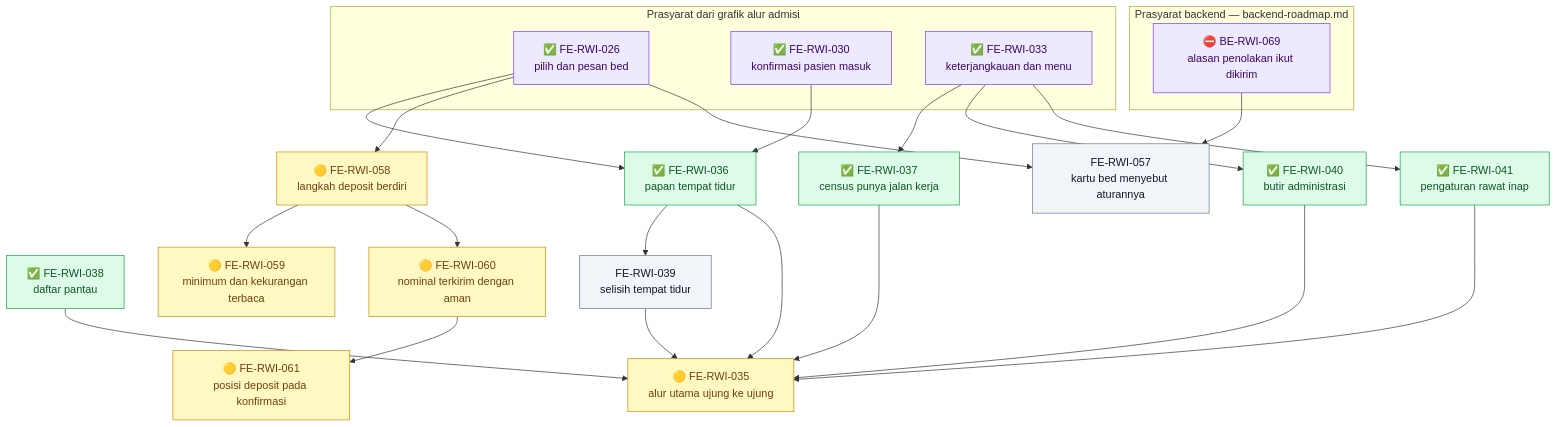
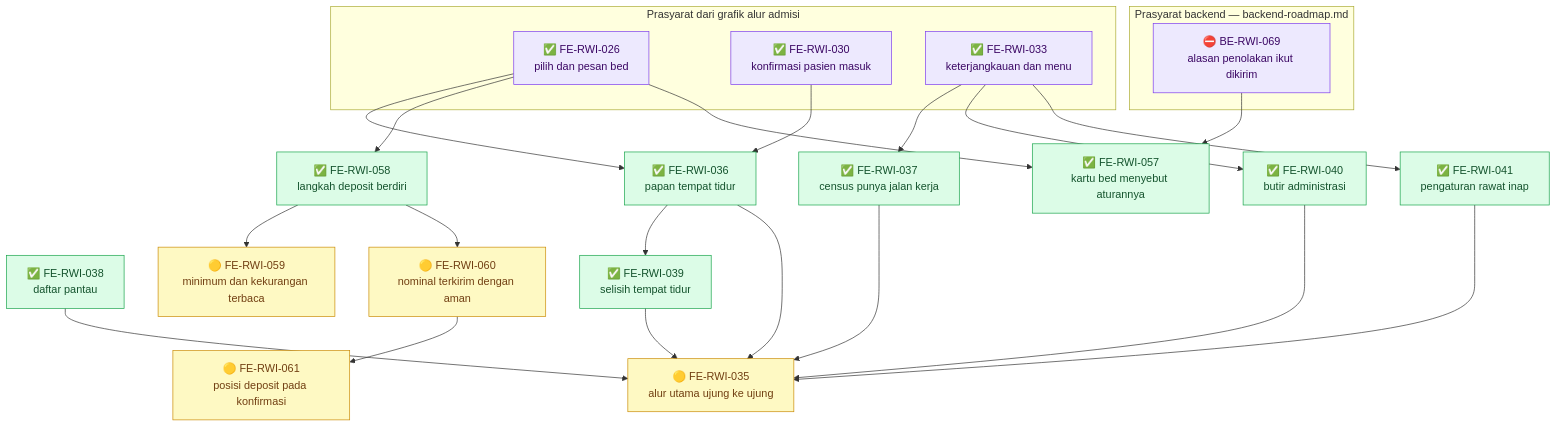
One commit to DevBenari/NewQuilvianSystemBackend changed the second of 3 diagrams in docs/module-blueprints/rawat-inap/episode-rawat-inap/roadmap/frontend-roadmap.md. Above: the diagram before and after it, drawn with Mermaid. The commit also changed other lines of this file and 17 other files, not shown here.

First line of the commit message:
feat(frontend): add FE-RWI-058 and FE-RWI-062 reports for deposit step and removal of gender mixed rejection

````diff
--- a/docs/module-blueprints/rawat-inap/episode-rawat-inap/roadmap/frontend-roadmap.md
+++ b/docs/module-blueprints/rawat-inap/episode-rawat-inap/roadmap/frontend-roadmap.md
@@ -141,50 +141,50 @@
 ```mermaid
 flowchart TD
     classDef selesai fill:#DCFCE7,stroke:#16A34A,color:#14532D
     classDef sebagian fill:#FEF9C3,stroke:#CA8A04,color:#713F12
     classDef terblokir fill:#FEE2E2,stroke:#DC2626,color:#7F1D1D
     classDef belum fill:#F1F5F9,stroke:#64748B,color:#0F172A
     classDef luar fill:#EDE9FE,stroke:#7C3AED,color:#3B0764
 
     subgraph backend["Prasyarat backend — backend-roadmap.md"]
         BE069["⛔ BE-RWI-069<br/>alasan penolakan ikut dikirim"]:::luar
     end
 
     subgraph alur["Prasyarat dari grafik alur admisi"]
         FE026x["✅ FE-RWI-026<br/>pilih dan pesan bed"]:::luar
         FE030x["✅ FE-RWI-030<br/>konfirmasi pasien masuk"]:::luar
         FE033x["✅ FE-RWI-033<br/>keterjangkauan dan menu"]:::luar
     end
 
     FE036["✅ FE-RWI-036<br/>papan tempat tidur"]:::selesai
     FE037["✅ FE-RWI-037<br/>census punya jalan kerja"]:::selesai
     FE038["✅ FE-RWI-038<br/>daftar pantau"]:::selesai
-    FE039["FE-RWI-039<br/>selisih tempat tidur"]:::belum
+    FE039["✅ FE-RWI-039<br/>selisih tempat tidur"]:::selesai
     FE040["✅ FE-RWI-040<br/>butir administrasi"]:::selesai
     FE041["✅ FE-RWI-041<br/>pengaturan rawat inap"]:::selesai
     FE035["🟡 FE-RWI-035<br/>alur utama ujung ke ujung"]:::sebagian
-    FE042["🟡 FE-RWI-058<br/>langkah deposit berdiri"]:::sebagian
+    FE042["✅ FE-RWI-058<br/>langkah deposit berdiri"]:::selesai
     FE043["🟡 FE-RWI-059<br/>minimum dan kekurangan terbaca"]:::sebagian
     FE044["🟡 FE-RWI-060<br/>nominal terkirim dengan aman"]:::sebagian
     FE045["🟡 FE-RWI-061<br/>posisi deposit pada konfirmasi"]:::sebagian
-    FE057["FE-RWI-057<br/>kartu bed menyebut aturannya"]:::belum
+    FE057["✅ FE-RWI-057<br/>kartu bed menyebut aturannya"]:::selesai
 
     FE026x --> FE036
     FE030x --> FE036
     FE033x --> FE037
     FE033x --> FE040
     FE033x --> FE041
     FE036 --> FE039
     FE036 --> FE035
     FE037 --> FE035
     FE038 --> FE035
     FE039 --> FE035
     FE040 --> FE035
     FE041 --> FE035
     FE026x --> FE042
     FE042 --> FE043
     FE042 --> FE044
     FE044 --> FE045
     FE026x --> FE057
     BE069 --> FE057
 ```
````
